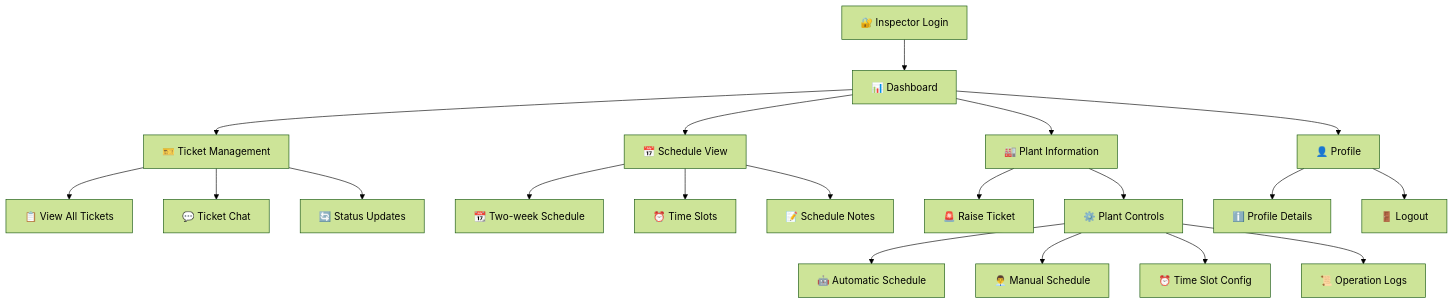
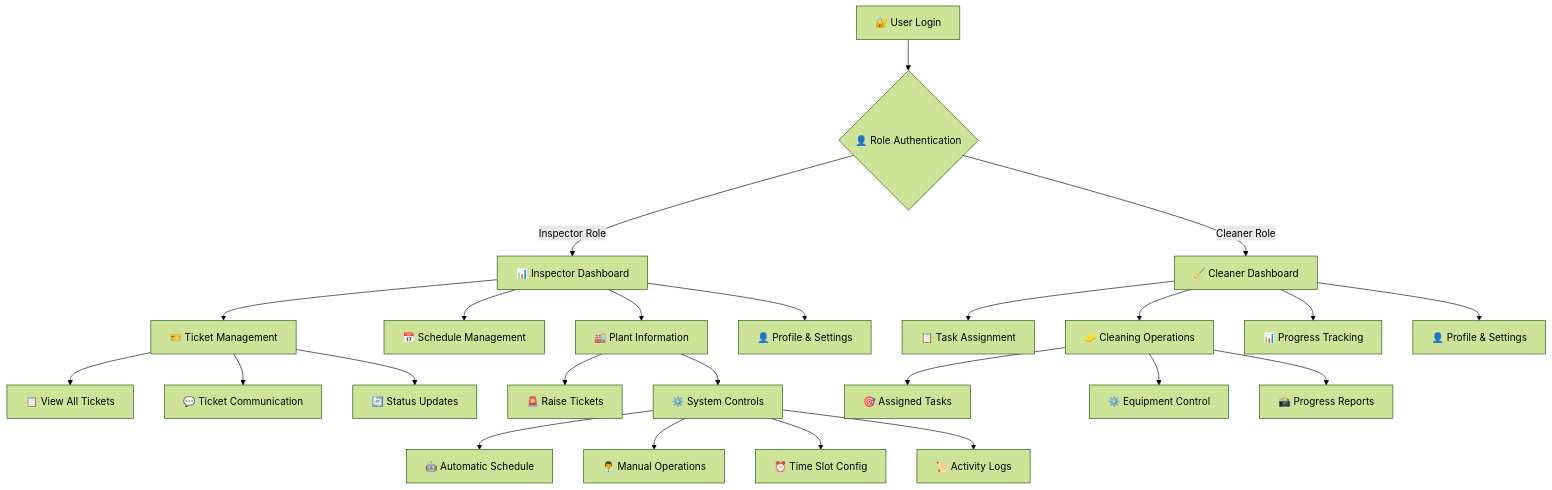
The diagram in README.md (alonevaibhav/solar-master), drawn with Mermaid (forest theme) before and after one commit. The commit also changed other lines of this file, not shown here.

````diff
--- a/README.md
+++ b/README.md
@@ -174,27 +177,33 @@
 ```mermaid
 flowchart TD
-    A[🔐 Inspector Login] --> B[📊 Dashboard]
-    B --> C[🎫 Ticket Management]
-    B --> D[📅 Schedule View]
-    B --> E[🏭 Plant Information]
-    B --> F[👤 Profile]
+    A[🔐 User Login] --> B{👤 Role Authentication}
     
-    C --> C1[📋 View All Tickets]
-    C --> C2[💬 Ticket Chat]
-    C --> C3[🔄 Status Updates]
+    B -->|Inspector Role| C[📊 Inspector Dashboard]
+    B -->|Cleaner Role| D[🧹 Cleaner Dashboard]
     
-    D --> D1[📆 Two-week Schedule]
-    D --> D2[⏰ Time Slots]
-    D --> D3[📝 Schedule Notes]
+    C --> C1[🎫 Ticket Management]
+    C --> C2[📅 Schedule Management]
+    C --> C3[🏭 Plant Information]
+    C --> C4[👤 Profile & Settings]
     
-    E --> E1[🚨 Raise Ticket]
-    E --> E2[⚙️ Plant Controls]
+    D --> D1[📋 Task Assignment]
+    D --> D2[🧽 Cleaning Operations]
+    D --> D3[📊 Progress Tracking]
+    D --> D4[👤 Profile & Settings]
     
-    E2 --> E2A[🤖 Automatic Schedule]
-    E2 --> E2B[👨‍💼 Manual Schedule]
-    E2 --> E2C[⏰ Time Slot Config]
-    E2 --> E2D[📜 Operation Logs]
+    C1 --> C1A[📋 View All Tickets]
+    C1 --> C1B[💬 Ticket Communication]
+    C1 --> C1C[🔄 Status Updates]
     
-    F --> F1[ℹ️ Profile Details]
-    F --> F2[🚪 Logout]
+    C3 --> C3A[🚨 Raise Tickets]
+    C3 --> C3B[⚙️ System Controls]
+    
+    C3B --> C3B1[🤖 Automatic Schedule]
+    C3B --> C3B2[👨‍💼 Manual Operations]
+    C3B --> C3B3[⏰ Time Slot Config]
+    C3B --> C3B4[📜 Activity Logs]
+    
+    D2 --> D2A[🎯 Assigned Tasks]
+    D2 --> D2B[⚙️ Equipment Control]
+    D2 --> D2C[📸 Progress Reports]
 ```
````
